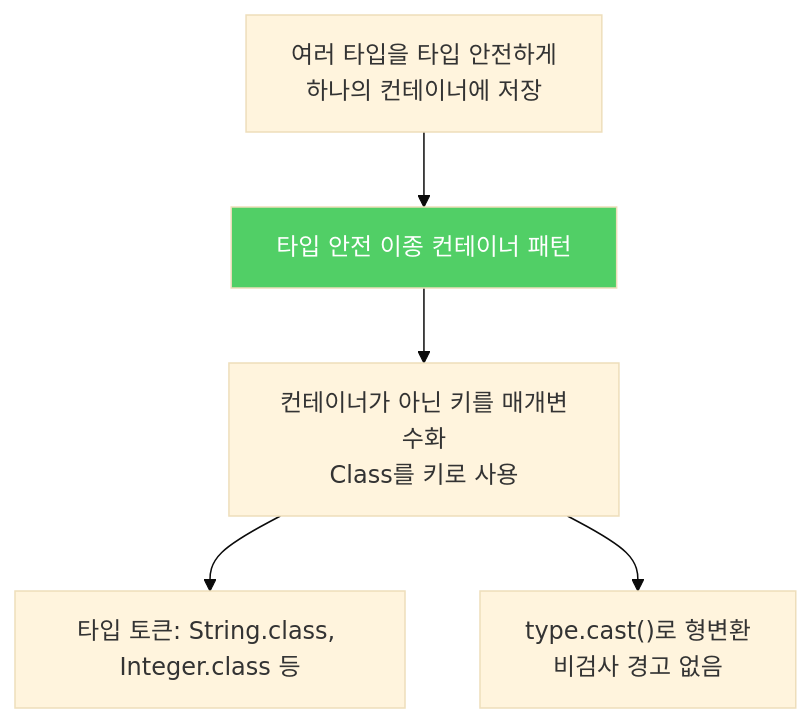
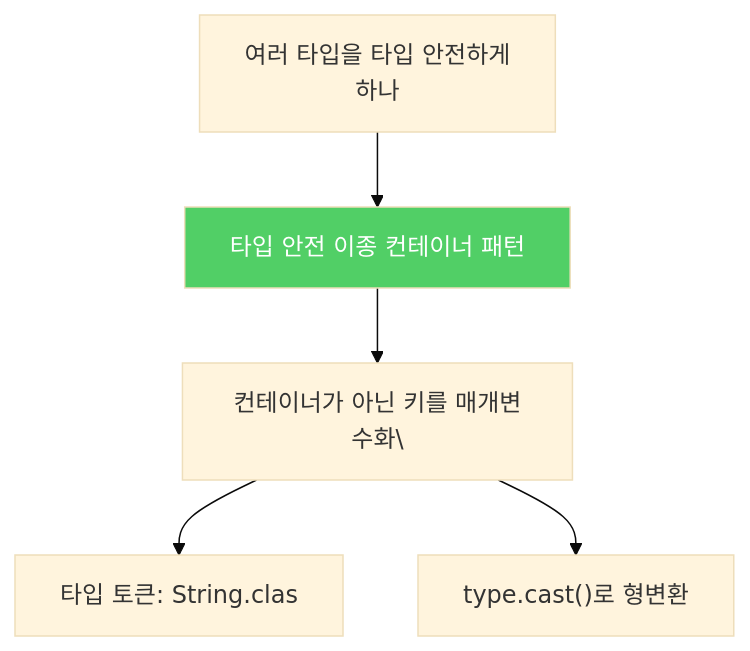
One commit to yjkim2015/yjkim2015.github.io changed the second of 2 diagrams in _posts/java/2022-01-11-effective-java33.md. Above: the diagram before and after it, drawn with Mermaid (base theme). The commit also changed other lines of this file and 271 other files, not shown here.

First line of the commit message:
Mermaid 라벨 축소: 긴 노드 텍스트 18자 이하로 트림 + \n 제거

````diff
--- a/_posts/java/2022-01-11-effective-java33.md
+++ b/_posts/java/2022-01-11-effective-java33.md
@@ -162,8 +162,8 @@
 ```mermaid
 graph TD
-    A["여러 타입을 타입 안전하게\n하나의 컨테이너에 저장"] --> B["타입 안전 이종 컨테이너 패턴"]
-    B --> C["컨테이너가 아닌 키를 매개변수화\nClass<T>를 키로 사용"]
-    C --> D["타입 토큰: String.class, Integer.class 등"]
-    C --> E["type.cast()로 형변환\n비검사 경고 없음"]
+    A["여러 타입을 타입 안전하게\n하나"] --> B["타입 안전 이종 컨테이너 패턴"]
+    B --> C["컨테이너가 아닌 키를 매개변수화\"]
+    C --> D["타입 토큰: String.clas"]
+    C --> E["type.cast()로 형변환\n"]
     style B fill:#51cf66,color:#fff
 ```
````
